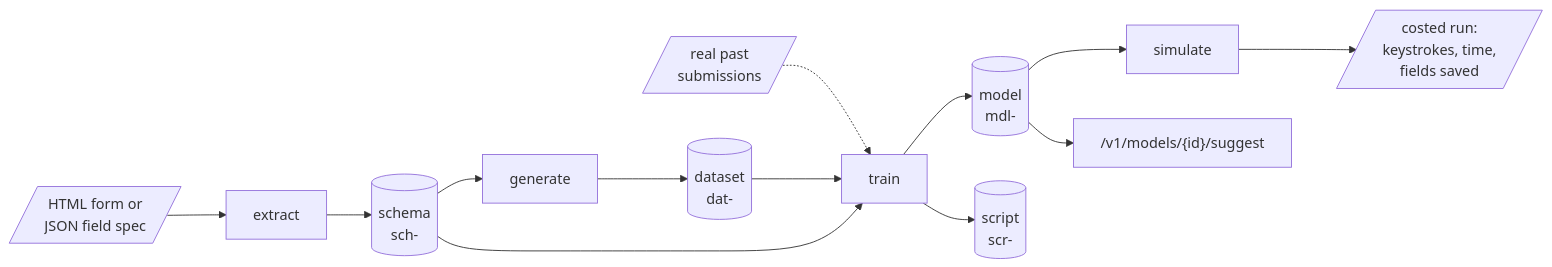
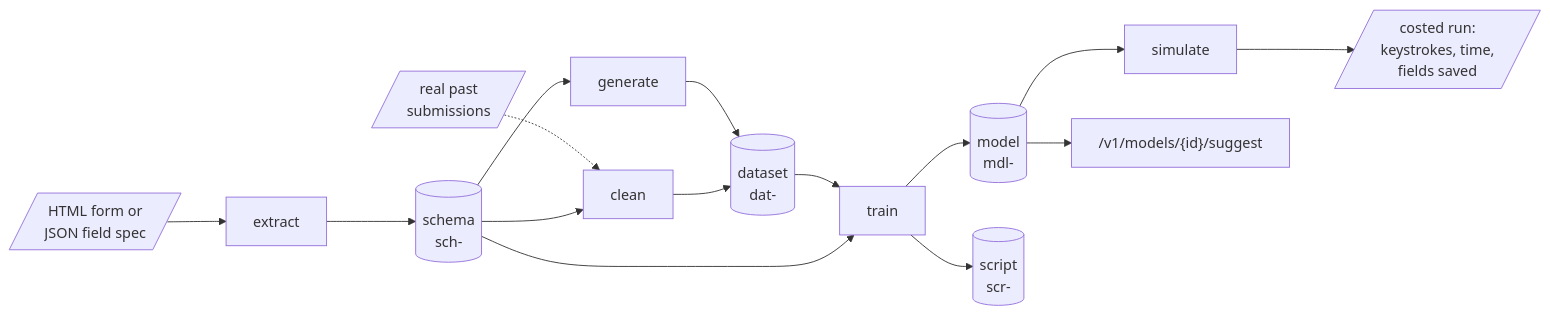
Before and after one commit to nelait/FillerAI: the second of 3 diagrams in docs/overview.md, drawn with Mermaid. The commit also changed other lines of this file and 22 other files, not shown here.

````diff
--- a/docs/overview.md
+++ b/docs/overview.md
@@ -109,15 +118,17 @@
 ```mermaid
 flowchart LR
     form[/HTML form or<br/>JSON field spec/] --> extract
     extract --> schema[(schema<br/>sch-)]
     schema --> generate
     generate --> dataset[(dataset<br/>dat-)]
-    real[/real past<br/>submissions/] -.-> train
+    real[/real past<br/>submissions/] -.-> clean
+    schema --> clean
+    clean --> dataset
     dataset --> train
     schema --> train
     train --> model[(model<br/>mdl-)]
     train --> script[(script<br/>scr-)]
     model --> simulate
     simulate --> report[/costed run:<br/>keystrokes, time,<br/>fields saved/]
     model --> v1suggest["/v1/models/{id}/suggest"]
 ```
````
